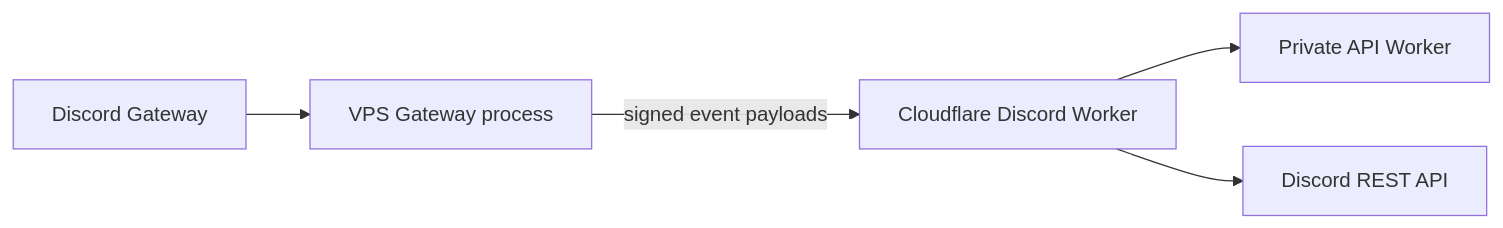
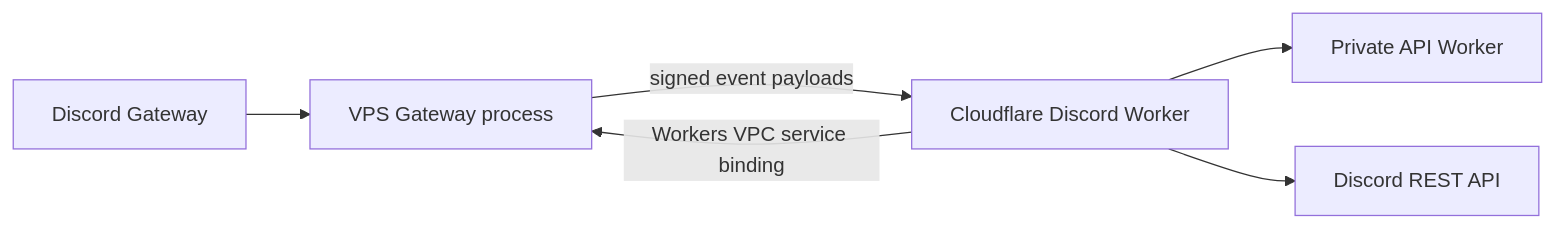
The diagram in docs/gateway-vps-deploy.md (PurduePhotographyClub/purdue-photo-discord), drawn with Mermaid before and after one commit. The commit also changed other lines of this file and 15 other files, not shown here.

Commit message:
Use Workers VPC for Discord Gateway (#19)

````diff
--- a/docs/gateway-vps-deploy.md
+++ b/docs/gateway-vps-deploy.md
@@ -7,7 +7,8 @@
 ```mermaid
 flowchart LR
   Discord["Discord Gateway"] --> VPS["VPS Gateway process"]
   VPS -->|signed event payloads| Worker["Cloudflare Discord Worker"]
+  Worker -->|Workers VPC service binding| VPS
   Worker --> API["Private API Worker"]
   Worker --> DiscordREST["Discord REST API"]
 ```
````
